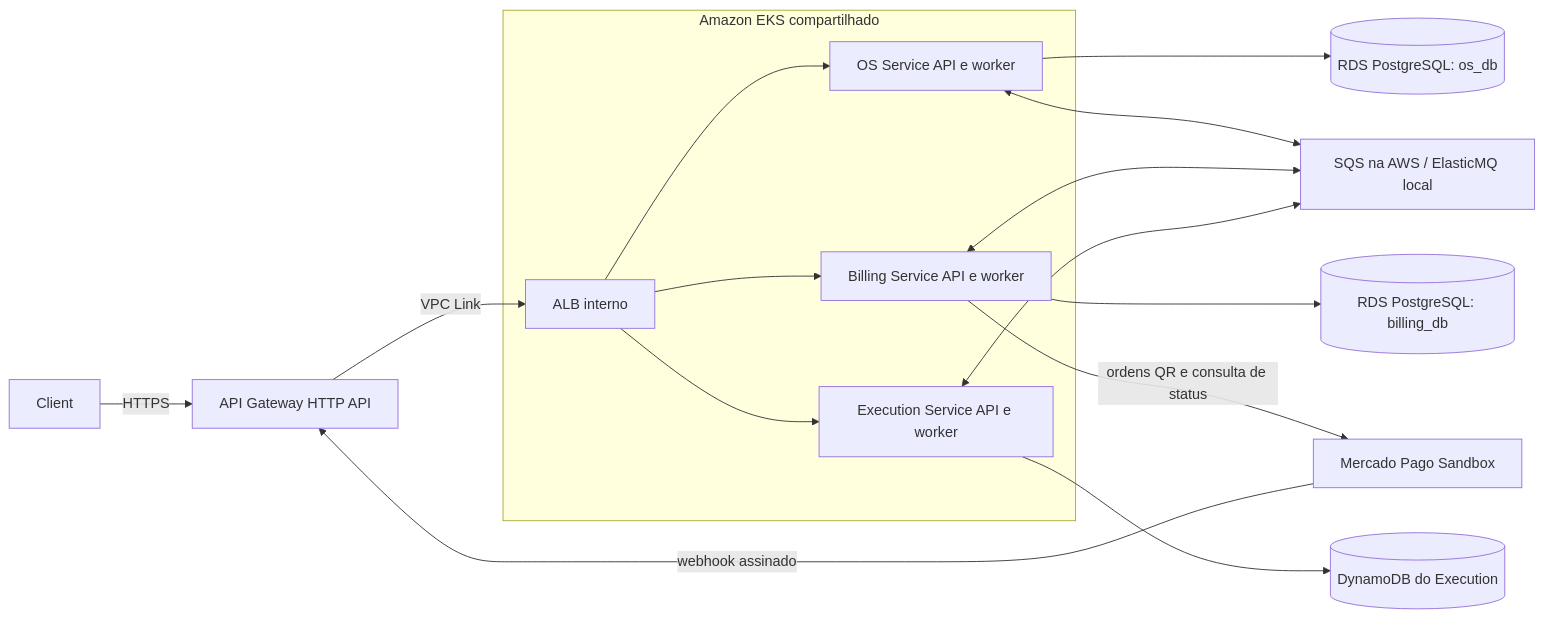
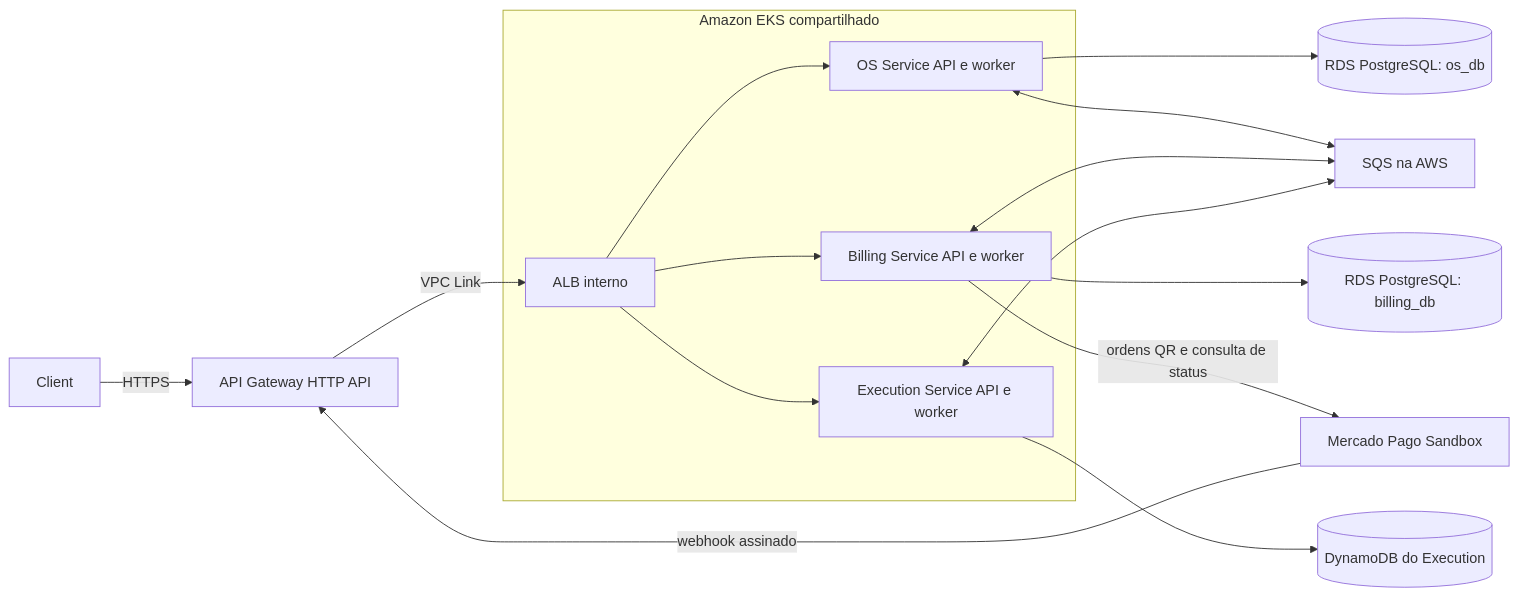
The diagram in fase-4/architecture.md (douradorobert-pos-fiap-project/architecture-docs), drawn with Mermaid before and after one commit. The commit also changed other lines of this file and 15 other files, not shown here.

````diff
--- a/fase-4/architecture.md
+++ b/fase-4/architecture.md
@@ -5,18 +5,18 @@
 ```mermaid
 flowchart LR
   Client -->|HTTPS| APIGW[API Gateway HTTP API]
   APIGW -->|VPC Link| ALB[ALB interno]
   subgraph EKS[Amazon EKS compartilhado]
     ALB --> OS[OS Service API e worker]
     ALB --> Billing[Billing Service API e worker]
     ALB --> Execution[Execution Service API e worker]
   end
   OS --> OSDB[(RDS PostgreSQL: os_db)]
   Billing --> BILLDB[(RDS PostgreSQL: billing_db)]
   Execution --> DDB[(DynamoDB do Execution)]
-  OS <--> Broker[SQS na AWS / ElasticMQ local]
+  OS <--> Broker[SQS na AWS]
   Billing <--> Broker
   Execution <--> Broker
   Billing -->|ordens QR e consulta de status| MP[Mercado Pago Sandbox]
   MP -->|webhook assinado| APIGW
 ```
````
